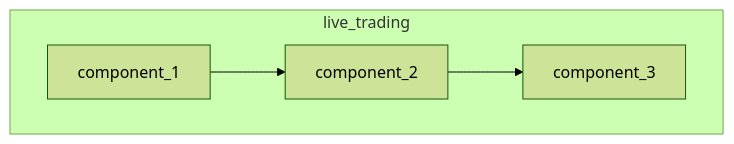
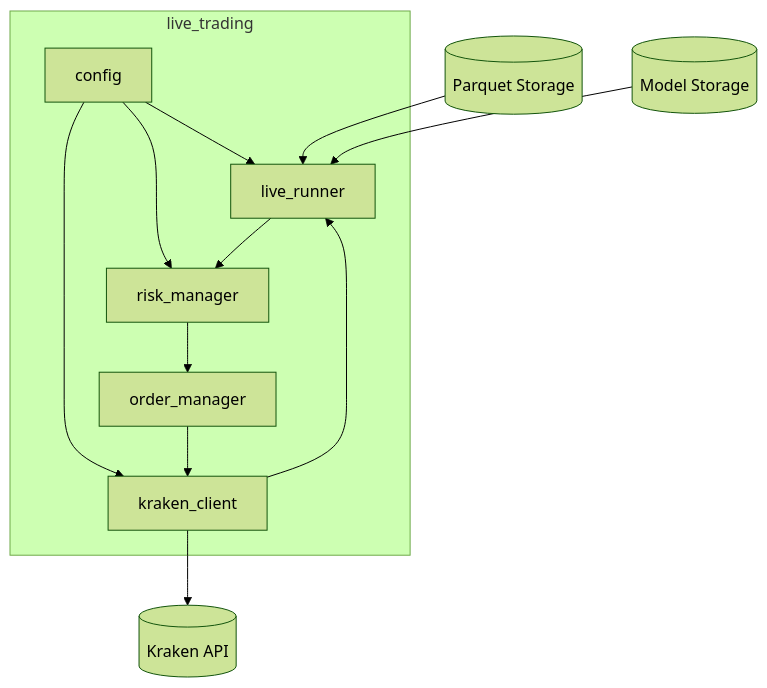
Before and after one commit to kwonjunhyuk9/financial-machine-learning: the sixth of 6 diagrams in docs/architecture.md, drawn with Mermaid (forest theme). The commit also changed other lines of this file and 3 other files, not shown here.

````diff
--- a/docs/architecture.md
+++ b/docs/architecture.md
@@ -158,11 +168,25 @@
 ```mermaid
 flowchart TD
+    parquet[("Parquet Storage")]
+    model_storage[("Model Storage")]
+    kraken[("Kraken API")]
+
     subgraph lt[live_trading]
-        c1[component_1]
-        c2[component_2]
-        c3[component_3]
+        config[config]
+        client[kraken_client]
+        runner[live_runner]
+        risk[risk_manager]
+        orders_mgr[order_manager]
     end
 
-    c1 --> c2
-    c2 --> c3
+    config --> client
+    config --> runner
+    config --> risk
+    parquet --> runner
+    model_storage --> runner
+    client --> runner
+    runner --> risk
+    risk --> orders_mgr
+    orders_mgr --> client
+    client --> kraken
 ```
````
